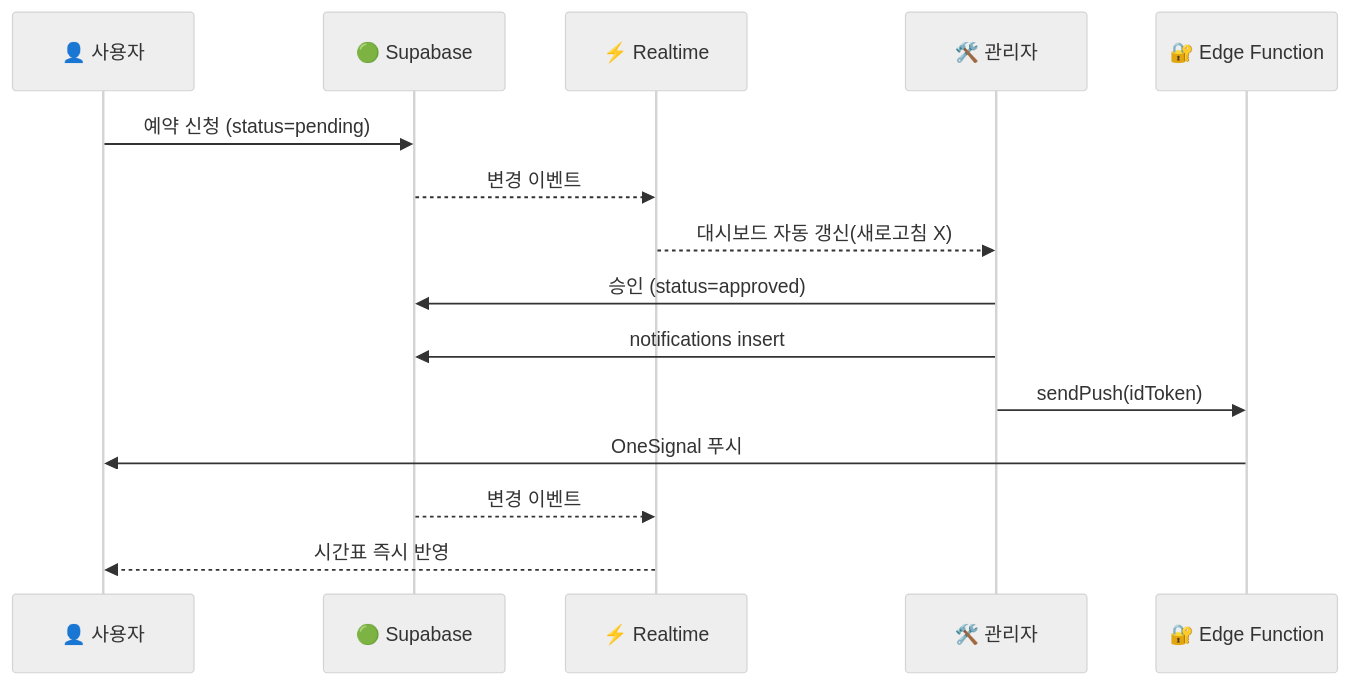
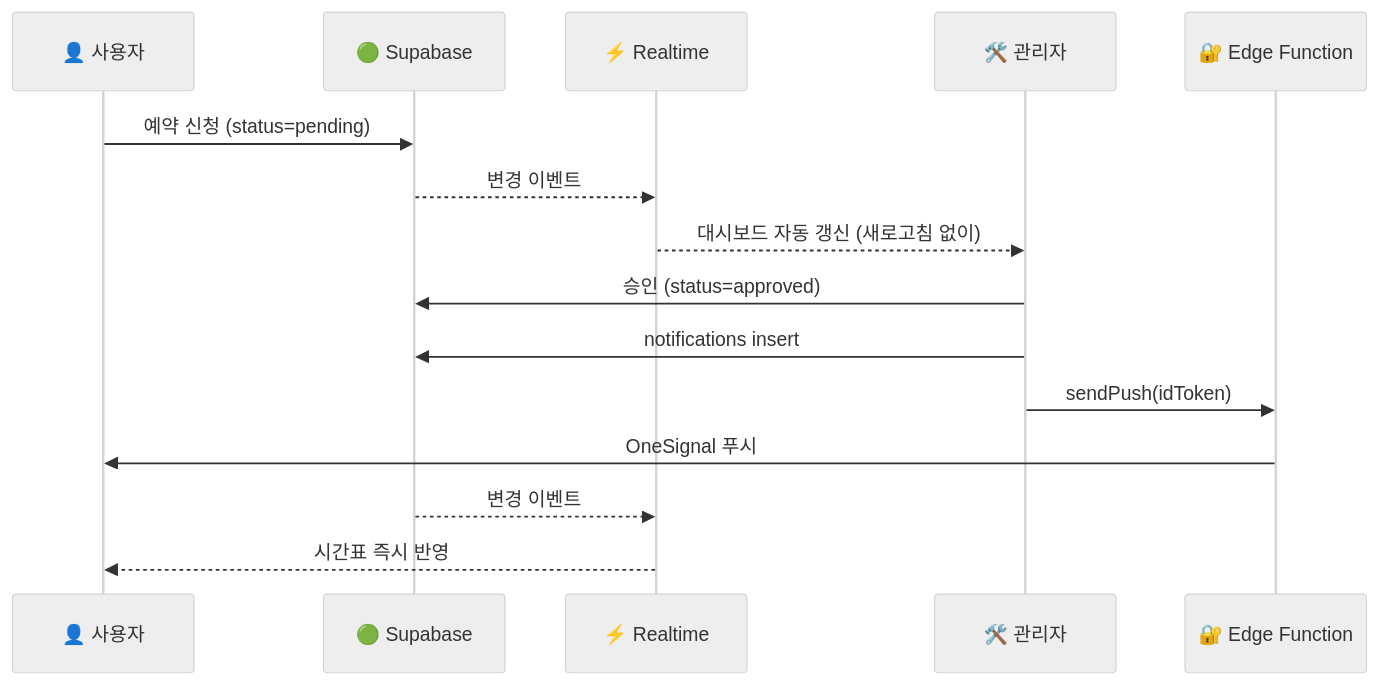
One commit to YOUTHNAROO/Open_Schedule changed the third of 3 diagrams in README.md. Above: the diagram before and after it, drawn with Mermaid (neutral theme). The commit also changed other lines of this file, not shown here.

````diff
--- a/README.md
+++ b/README.md
@@ -153,18 +158,18 @@
 ```mermaid
 sequenceDiagram
     participant U as 👤 사용자
     participant DB as 🟢 Supabase
     participant RT as ⚡ Realtime
     participant A as 🛠️ 관리자
     participant EF as 🔐 Edge Function
 
     U->>DB: 예약 신청 (status=pending)
     DB-->>RT: 변경 이벤트
-    RT-->>A: 대시보드 자동 갱신(새로고침 X)
+    RT-->>A: 대시보드 자동 갱신 (새로고침 없이)
     A->>DB: 승인 (status=approved)
     A->>DB: notifications insert
     A->>EF: sendPush(idToken)
     EF->>U: OneSignal 푸시
     DB-->>RT: 변경 이벤트
     RT-->>U: 시간표 즉시 반영
 ```
````
